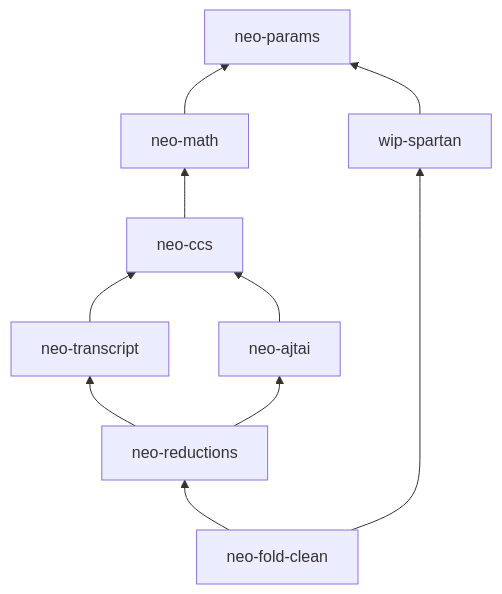
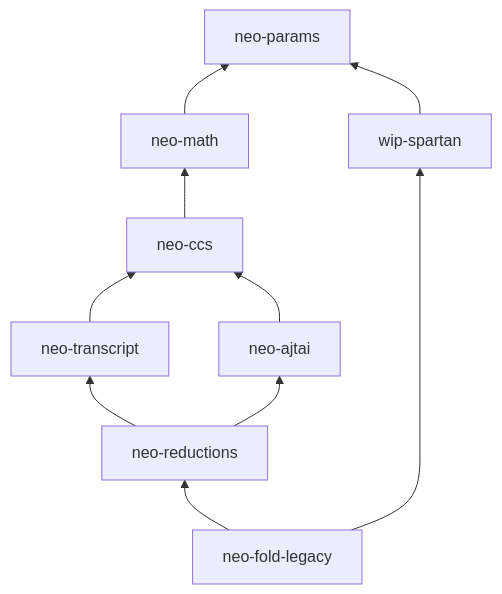
One commit to LFDT-Nightstream/Nightstream changed the diagram in wiki/architecture/index.md. Above: the diagram before and after it, drawn with Mermaid. The commit also changed other lines of this file and 23 other files, not shown here.

````diff
--- a/wiki/architecture/index.md
+++ b/wiki/architecture/index.md
@@ -5,21 +8,21 @@
 ```mermaid
 graph BT
     params["neo-params"]
     math["neo-math"]
     ccs["neo-ccs"]
     transcript["neo-transcript"]
     ajtai["neo-ajtai"]
     reductions["neo-reductions"]
     spartan["wip-spartan"]
-    fold["neo-fold-clean"]
+    fold["neo-fold-legacy"]
 
     math --> params
     ccs --> math
     transcript --> ccs
     ajtai --> ccs
     reductions --> ajtai
     reductions --> transcript
     spartan --> params
     fold --> reductions
     fold --> spartan
 ```
````
